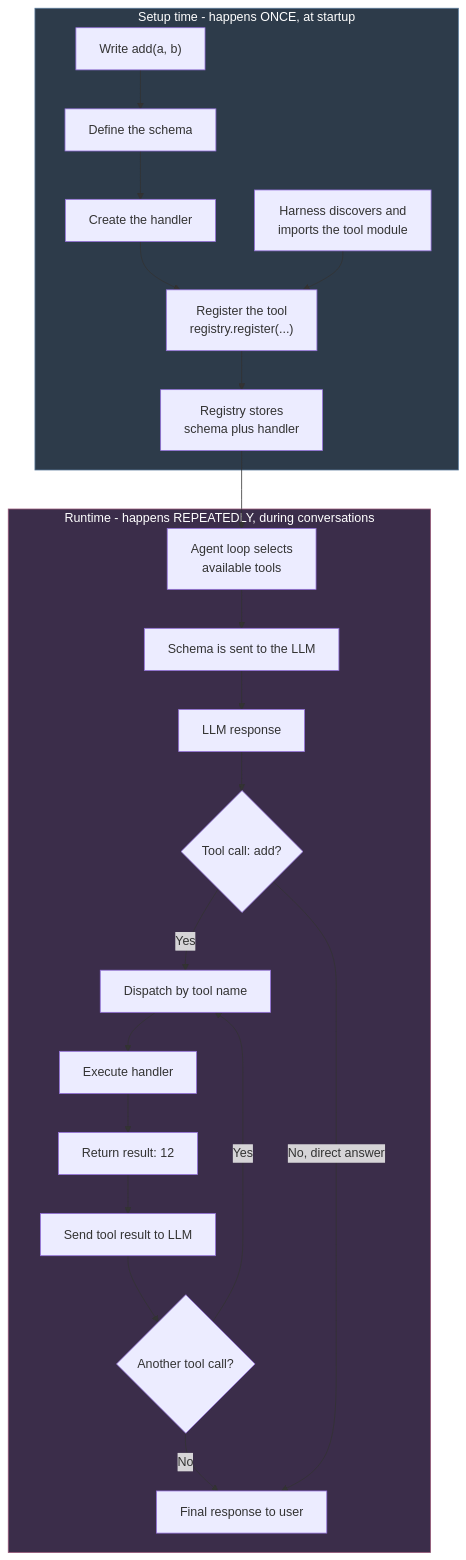
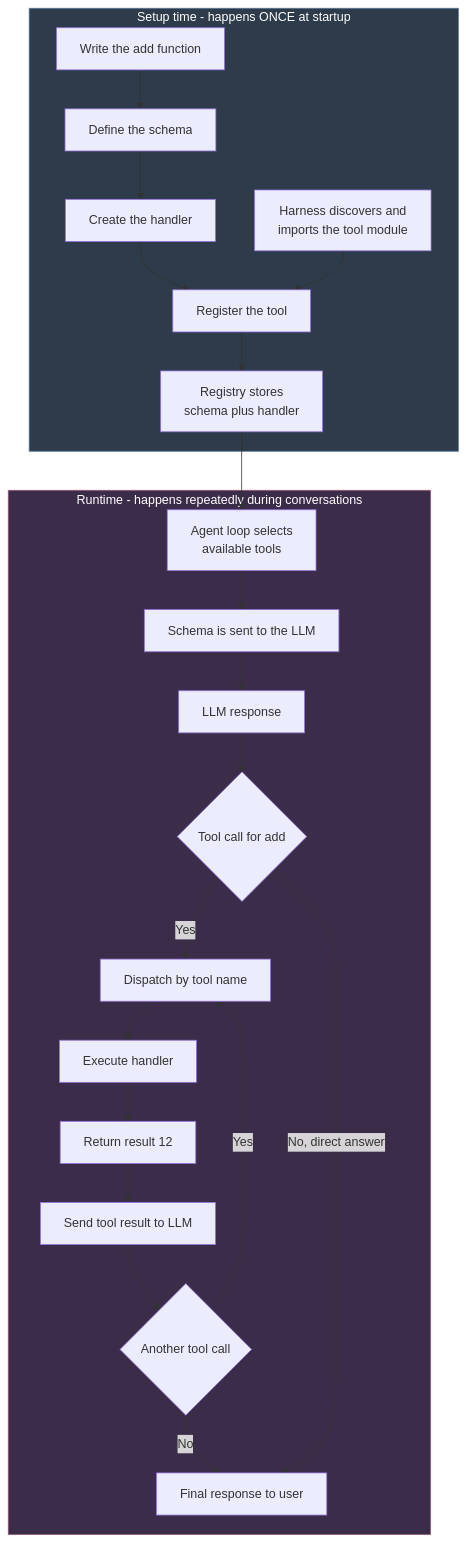
One commit to p229279-cmyk/oranare changed the diagram in docs/learn/day-02/02-tool-registry/00-big-picture.md. Above: the diagram before and after it, drawn with Mermaid.

Commit message:
Fix mermaid diagram not rendering on GitHub (parentheses in labels)
docs/learn/day-02/02-tool-registry/00-big-picture.md - the lifecycle
flowchart had literal parentheses inside quoted node labels
('Write add(a, b)') and a colon-plus-question-mark combination
('Tool call: add?') - both known to trip GitHub's mermaid renderer
even when the surrounding quotes are syntactically valid per the
mermaid spec itself (confirmed the OLD text still parsed fine via
mermaid.parse(), meaning the breakage was GitHub-renderer-specific,
not a real syntax error - a stricter fix was still the right call
since GitHub's parser is the actual target).

Simplified every node label in the diagram to plain words only - no
parens, no colons-before-question-marks, no inline code syntax.
Re-verified the new diagram parses successfully via mermaid.parse()
(jsdom-backed Node script) before committing.

````diff
--- a/docs/learn/day-02/02-tool-registry/00-big-picture.md
+++ b/docs/learn/day-02/02-tool-registry/00-big-picture.md
@@ -511,38 +511,38 @@
 ```mermaid
 flowchart TB
-    subgraph SETUP["Setup time - happens ONCE, at startup"]
-        A1["Write add(a, b)"]
+    subgraph SETUP["Setup time - happens ONCE at startup"]
+        A1["Write the add function"]
         A2["Define the schema"]
         A3["Create the handler"]
-        A4["Register the tool<br/>registry.register(...)"]
+        A4["Register the tool"]
         A5["Harness discovers and<br/>imports the tool module"]
         A6["Registry stores<br/>schema plus handler"]
         A1 --> A2 --> A3 --> A4
         A5 --> A4
         A4 --> A6
     end
 
-    subgraph RUNTIME["Runtime - happens REPEATEDLY, during conversations"]
+    subgraph RUNTIME["Runtime - happens repeatedly during conversations"]
         B1["Agent loop selects<br/>available tools"]
         B2["Schema is sent to the LLM"]
         B3["LLM response"]
-        B4{"Tool call: add?"}
+        B4{"Tool call for add"}
         B5["Dispatch by tool name"]
         B6["Execute handler"]
-        B7["Return result: 12"]
+        B7["Return result 12"]
         B8["Send tool result to LLM"]
-        B9{"Another tool call?"}
+        B9{"Another tool call"}
         B10["Final response to user"]
 
         B1 --> B2 --> B3 --> B4
         B4 -->|Yes| B5 --> B6 --> B7 --> B8 --> B9
         B9 -->|Yes| B5
         B9 -->|No| B10
         B4 -->|No, direct answer| B10
     end
 
     A6 --> B1
 
     style SETUP fill:#2d3b4a,stroke:#5a7a9a,color:#ffffff
     style RUNTIME fill:#3b2d4a,stroke:#9a5a7a,color:#ffffff
 ```
````
